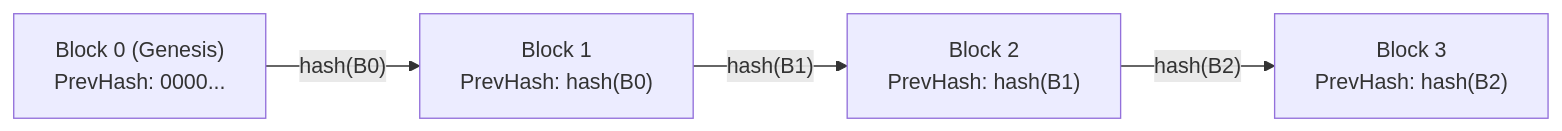
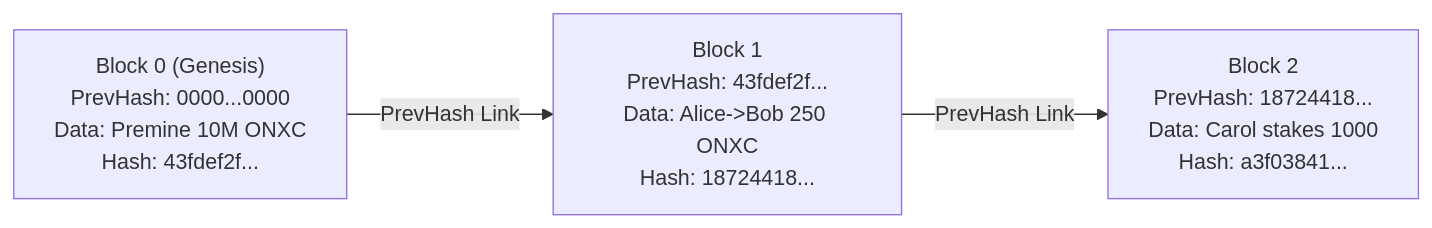
Before and after one commit to oenexa/oenexa-docs: the first of 3 diagrams in 01-foundations/01_what_is_blockchain_and_oenexa.md, drawn with Mermaid. The commit also changed other lines of this file and 21 other files, not shown here.

Commit message:
feat(docs): expand beginner curriculum with worked examples, visual diagrams, and interactive Visual Learning Studio

````diff
--- a/01-foundations/01_what_is_blockchain_and_oenexa.md
+++ b/01-foundations/01_what_is_blockchain_and_oenexa.md
@@ -79,6 +33,5 @@
 ```mermaid
 flowchart LR
-    B0["Block 0 (Genesis)\nPrevHash: 0000..."] -->|"hash(B0)"| B1["Block 1\nPrevHash: hash(B0)"]
-    B1 -->|"hash(B1)"| B2["Block 2\nPrevHash: hash(B1)"]
-    B2 -->|"hash(B2)"| B3["Block 3\nPrevHash: hash(B2)"]
+    B0["Block 0 (Genesis)\nPrevHash: 0000...0000\nData: Premine 10M ONXC\nHash: 43fdef2f..."] -->|"PrevHash Link"| B1["Block 1\nPrevHash: 43fdef2f...\nData: Alice->Bob 250 ONXC\nHash: 18724418..."]
+    B1 -->|"PrevHash Link"| B2["Block 2\nPrevHash: 18724418...\nData: Carol stakes 1000\nHash: a3f03841..."]
 ```
````
